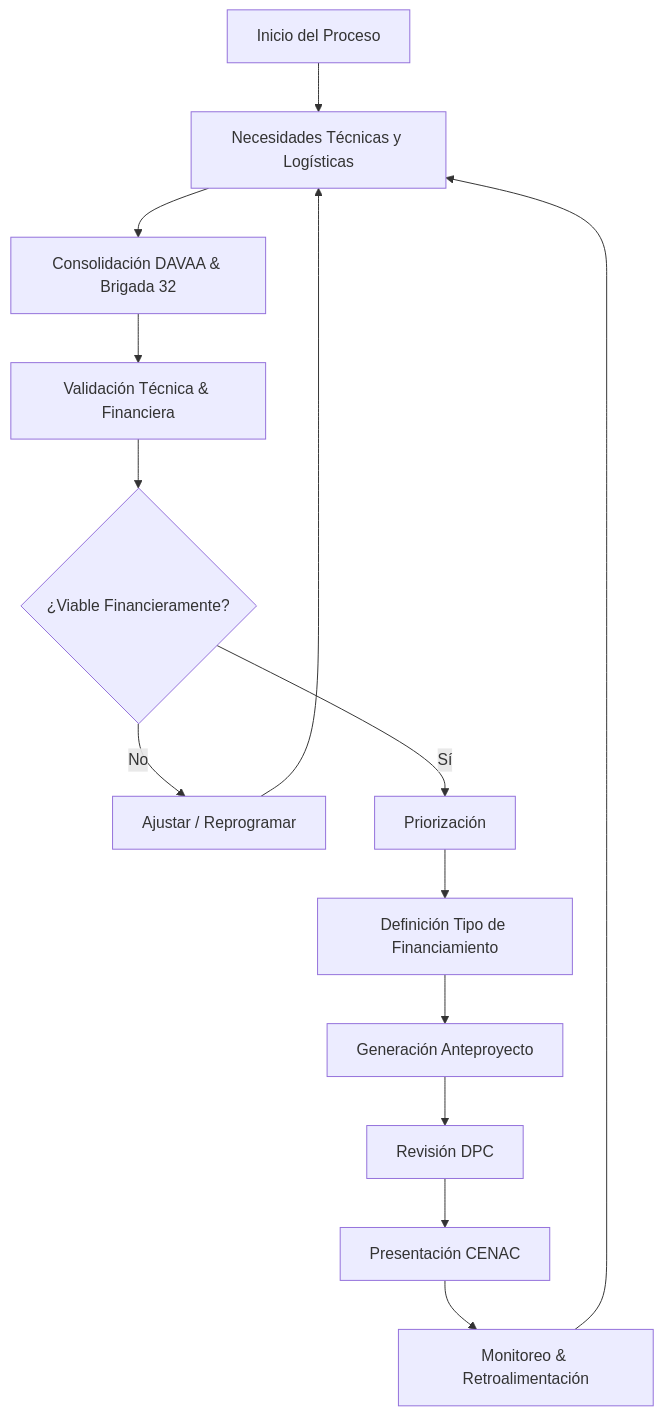
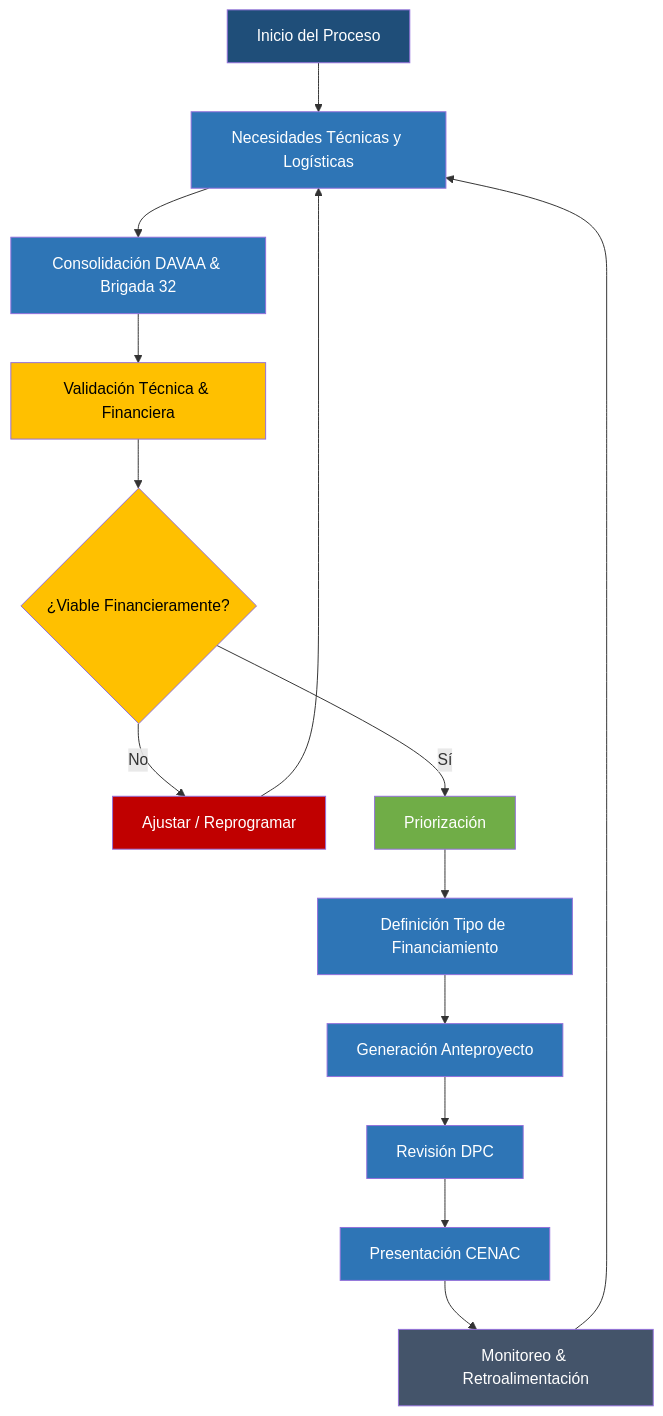
One commit to rudagonro/Gestion-recursos-uh60 changed the diagram in README.md. Above: the diagram before and after it, drawn with Mermaid. The commit also changed other lines of this file, not shown here.

Commit message:
Update README with resource management model and flowchart

````diff
--- a/README.md
+++ b/README.md
@@ -5,19 +5,26 @@
 ```mermaid
 flowchart TD
 
-A[Inicio del Proceso] --> B[Necesidades Técnicas y Logísticas]
-B --> C[Consolidación DAVAA & Brigada 32]
-C --> D[Validación Técnica & Financiera]
-D --> E{¿Viable Financieramente?}
+A[Inicio del Proceso]:::inicio --> B[Necesidades Técnicas y Logísticas]:::proceso
+B --> C[Consolidación DAVAA & Brigada 32]:::proceso
+C --> D[Validación Técnica & Financiera]:::decision
+D --> E{¿Viable Financieramente?}:::decision
 
-E -- No --> F[Ajustar / Reprogramar]
+E -- No --> F[Ajustar / Reprogramar]:::alerta
 F --> B
 
-E -- Sí --> G[Priorización]
-G --> H[Definición Tipo de Financiamiento]
-H --> I[Generación Anteproyecto]
-I --> J[Revisión DPC]
-J --> K[Presentación CENAC]
-K --> L[Monitoreo & Retroalimentación]
+E -- Sí --> G[Priorización]:::estrategico
+G --> H[Definición Tipo de Financiamiento]:::proceso
+H --> I[Generación Anteproyecto]:::proceso
+I --> J[Revisión DPC]:::proceso
+J --> K[Presentación CENAC]:::proceso
+K --> L[Monitoreo & Retroalimentación]:::control
 L --> B
+
+classDef inicio fill:#1f4e79,color:#fff;
+classDef proceso fill:#2e75b6,color:#fff;
+classDef decision fill:#ffc000,color:#000;
+classDef alerta fill:#c00000,color:#fff;
+classDef estrategico fill:#70ad47,color:#fff;
+classDef control fill:#44546a,color:#fff;
 ```
````
